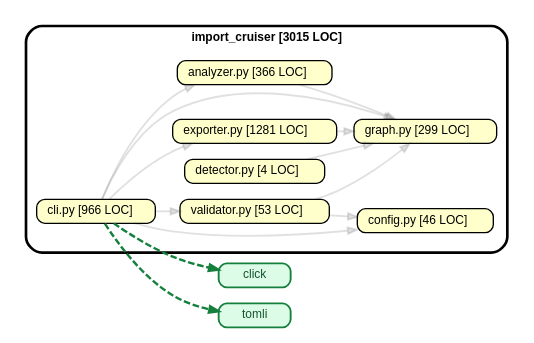
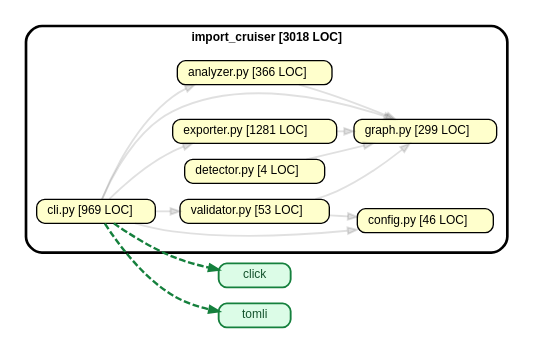
The diagram in artifacts/self-graph/import-cruiser-self-graph.dot (kevin91nl/import-cruiser), drawn with Graphviz before and after one commit. The commit also changed 4 other files, not shown here.

```diff
--- a/artifacts/self-graph/import-cruiser-self-graph.dot
+++ b/artifacts/self-graph/import-cruiser-self-graph.dot
@@ -1,28 +1,28 @@
 strict digraph "import_cruiser"{
     rankdir="LR" splines="true" overlap="false" nodesep="0.16" ranksep="0.18" fontname="Helvetica-bold" fontsize="9" style="rounded,bold,filled" fillcolor="#ffffff" compound="true"
     node [shape="box" style="rounded, filled" height="0.2" color="black" fillcolor="#ffffcc" fontcolor="black" fontname="Helvetica" fontsize="9"]
     edge [arrowhead="normal" arrowsize="0.6" penwidth="2.0" color="#0000001f" fontname="Helvetica" fontsize="9"]
 
     "click" [label=<click> tooltip="click" URL="click" shape="box" style="rounded,filled" fillcolor="#DCFCE7" color="#15803D" penwidth=1.4 fontcolor="#14532D" ]
-    subgraph "cluster_import_cruiser" {label="import_cruiser [3015 LOC]" "import_cruiser.analyzer" [label=<analyzer.py [366 LOC]> tooltip="analyzer.py [366 LOC]" URL="import_cruiser.analyzer" ] }
-    subgraph "cluster_import_cruiser" {label="import_cruiser [3015 LOC]" "import_cruiser.cli" [label=<cli.py [966 LOC]> tooltip="cli.py [966 LOC]" URL="import_cruiser.cli" ] }
-    subgraph "cluster_import_cruiser" {label="import_cruiser [3015 LOC]" "import_cruiser.config" [label=<config.py [46 LOC]> tooltip="config.py [46 LOC]" URL="import_cruiser.config" ] }
-    subgraph "cluster_import_cruiser" {label="import_cruiser [3015 LOC]" "import_cruiser.detector" [label=<detector.py [4 LOC]> tooltip="detector.py [4 LOC]" URL="import_cruiser.detector" ] }
-    subgraph "cluster_import_cruiser" {label="import_cruiser [3015 LOC]" "import_cruiser.exporter" [label=<exporter.py [1281 LOC]> tooltip="exporter.py [1281 LOC]" URL="import_cruiser.exporter" ] }
-    subgraph "cluster_import_cruiser" {label="import_cruiser [3015 LOC]" "import_cruiser.graph" [label=<graph.py [299 LOC]> tooltip="graph.py [299 LOC]" URL="import_cruiser.graph" ] }
-    subgraph "cluster_import_cruiser" {label="import_cruiser [3015 LOC]" "import_cruiser.validator" [label=<validator.py [53 LOC]> tooltip="validator.py [53 LOC]" URL="import_cruiser.validator" ] }
+    subgraph "cluster_import_cruiser" {label="import_cruiser [3018 LOC]" "import_cruiser.analyzer" [label=<analyzer.py [366 LOC]> tooltip="analyzer.py [366 LOC]" URL="import_cruiser.analyzer" ] }
+    subgraph "cluster_import_cruiser" {label="import_cruiser [3018 LOC]" "import_cruiser.cli" [label=<cli.py [969 LOC]> tooltip="cli.py [969 LOC]" URL="import_cruiser.cli" ] }
+    subgraph "cluster_import_cruiser" {label="import_cruiser [3018 LOC]" "import_cruiser.config" [label=<config.py [46 LOC]> tooltip="config.py [46 LOC]" URL="import_cruiser.config" ] }
+    subgraph "cluster_import_cruiser" {label="import_cruiser [3018 LOC]" "import_cruiser.detector" [label=<detector.py [4 LOC]> tooltip="detector.py [4 LOC]" URL="import_cruiser.detector" ] }
+    subgraph "cluster_import_cruiser" {label="import_cruiser [3018 LOC]" "import_cruiser.exporter" [label=<exporter.py [1281 LOC]> tooltip="exporter.py [1281 LOC]" URL="import_cruiser.exporter" ] }
+    subgraph "cluster_import_cruiser" {label="import_cruiser [3018 LOC]" "import_cruiser.graph" [label=<graph.py [299 LOC]> tooltip="graph.py [299 LOC]" URL="import_cruiser.graph" ] }
+    subgraph "cluster_import_cruiser" {label="import_cruiser [3018 LOC]" "import_cruiser.validator" [label=<validator.py [53 LOC]> tooltip="validator.py [53 LOC]" URL="import_cruiser.validator" ] }
     "tomli" [label=<tomli> tooltip="tomli" URL="tomli" shape="box" style="rounded,filled" fillcolor="#DCFCE7" color="#15803D" penwidth=1.4 fontcolor="#14532D" ]
 
     "import_cruiser.analyzer" -> "import_cruiser.graph" [color="#0000001f", style="solid", penwidth=1.4, arrowsize=0.7]
     "import_cruiser.cli" -> "click" [color="#15803D", style="dashed", penwidth=1.8, arrowsize=0.7]
     "import_cruiser.cli" -> "import_cruiser.analyzer" [color="#0000001f", style="solid", penwidth=1.4, arrowsize=0.7]
     "import_cruiser.cli" -> "import_cruiser.config" [color="#0000001f", style="solid", penwidth=1.4, arrowsize=0.7]
     "import_cruiser.cli" -> "import_cruiser.exporter" [color="#0000001f", style="solid", penwidth=1.4, arrowsize=0.7]
     "import_cruiser.cli" -> "import_cruiser.graph" [color="#0000001f", style="solid", penwidth=1.4, arrowsize=0.7]
     "import_cruiser.cli" -> "import_cruiser.validator" [color="#0000001f", style="solid", penwidth=1.4, arrowsize=0.7]
     "import_cruiser.cli" -> "tomli" [color="#15803D", style="dashed", penwidth=1.8, arrowsize=0.7]
     "import_cruiser.detector" -> "import_cruiser.graph" [color="#0000001f", style="solid", penwidth=1.4, arrowsize=0.7]
     "import_cruiser.exporter" -> "import_cruiser.graph" [color="#0000001f", style="solid", penwidth=1.4, arrowsize=0.7]
     "import_cruiser.validator" -> "import_cruiser.config" [color="#0000001f", style="solid", penwidth=1.4, arrowsize=0.7]
     "import_cruiser.validator" -> "import_cruiser.graph" [color="#0000001f", style="solid", penwidth=1.4, arrowsize=0.7]
 }
```
